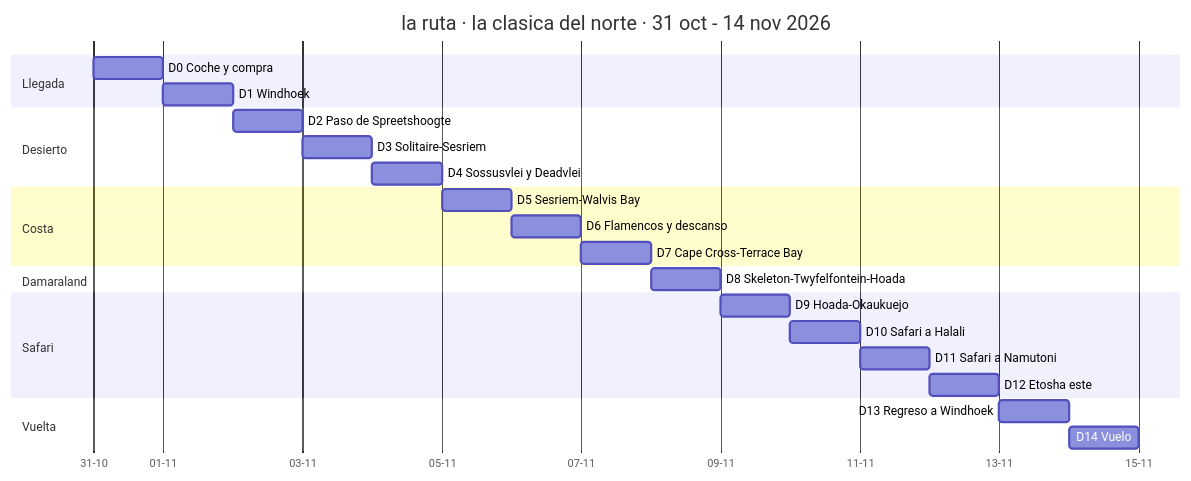
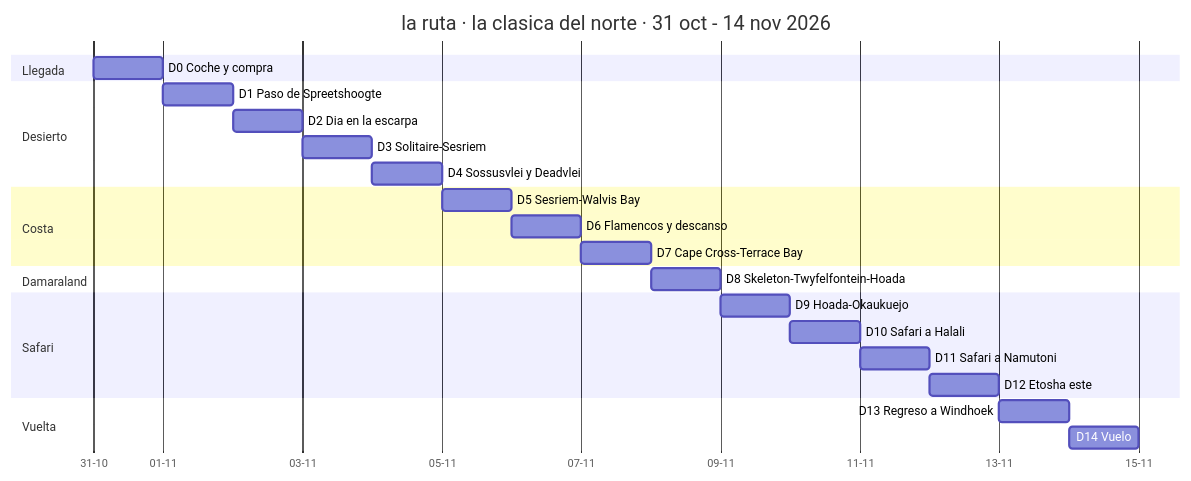
Before and after one commit to morandeirachema/namibia: the first of 3 diagrams in 01-itinerarios-dia-a-dia.md, drawn with Mermaid. The commit also changed other lines of this file and 17 other files, not shown here.

Commit message:
Auditoria del calendario: la ruta cabe exacta (15 dias, 14 noches) y la noche del domingo cerrado de Windhoek se muda a 2ª de Spreetshoogte; D0 y D14 estrenan plan horario y la facturacion queda medida (cierra 19:45)

````diff
--- a/01-itinerarios-dia-a-dia.md
+++ b/01-itinerarios-dia-a-dia.md
@@ -54,27 +55,27 @@
 ```mermaid
 gantt
     title la ruta · la clasica del norte · 31 oct - 14 nov 2026
     dateFormat YYYY-MM-DD
     axisFormat %d-%m
     section Llegada
     D0 Coche y compra :e0, 2026-10-31, 1d
-    D1 Windhoek :e1, 2026-11-01, 1d
     section Desierto
-    D2 Paso de Spreetshoogte :e2, after e1, 1d
+    D1 Paso de Spreetshoogte :e1, 2026-11-01, 1d
+    D2 Dia en la escarpa :e2, after e1, 1d
     D3 Solitaire-Sesriem :e3, after e2, 1d
     D4 Sossusvlei y Deadvlei :e4, after e3, 1d
     section Costa
     D5 Sesriem-Walvis Bay :e5, after e4, 1d
     D6 Flamencos y descanso :e6, after e5, 1d
     D7 Cape Cross-Terrace Bay :e7, after e6, 1d
     section Damaraland
     D8 Skeleton-Twyfelfontein-Hoada :e8, after e7, 1d
     section Safari
     D9 Hoada-Okaukuejo :e9, after e8, 1d
     D10 Safari a Halali :e10, after e9, 1d
     D11 Safari a Namutoni :e11, after e10, 1d
     D12 Etosha este :e12, after e11, 1d
     section Vuelta
     D13 Regreso a Windhoek :e13, after e12, 1d
     D14 Vuelo :e14, after e13, 1d
 ```
````
